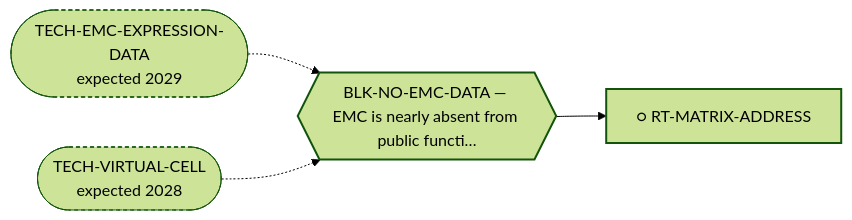
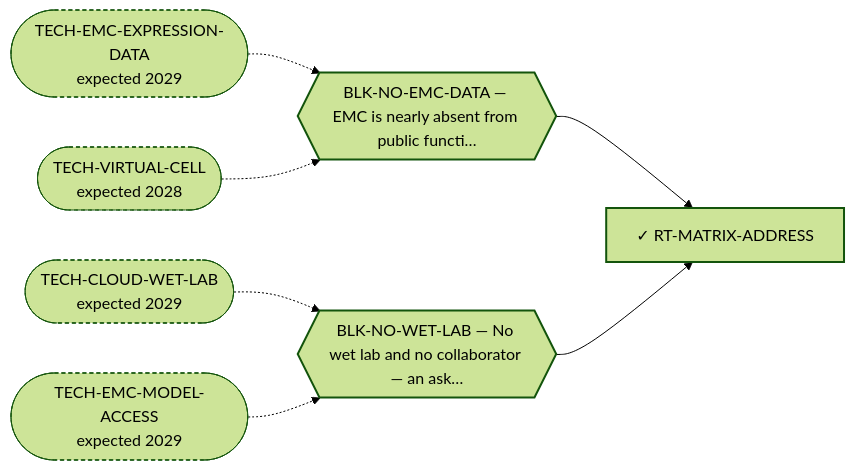
The diagram in systems/views/L2-rt-matrix-address.md (trimcrae/Rare-cancers), drawn with Mermaid (forest theme) before and after one commit. The commit also changed other lines of this file and 28 other files, not shown here.

````diff
--- a/systems/views/L2-rt-matrix-address.md
+++ b/systems/views/L2-rt-matrix-address.md
@@ -27,14 +27,20 @@
 ```mermaid
 flowchart LR
-  RT_MATRIX_ADDRESS["○ RT-MATRIX-ADDRESS"]:::fam
+  RT_MATRIX_ADDRESS["✓ RT-MATRIX-ADDRESS"]:::fam
   BLK_NO_EMC_DATA{{"BLK-NO-EMC-DATA — EMC is nearly absent from public functi…"}}:::blk
   BLK_NO_EMC_DATA --> RT_MATRIX_ADDRESS
   TECH_EMC_EXPRESSION_DATA(["TECH-EMC-EXPRESSION-DATA<br/>expected 2029"]):::tech
   TECH_EMC_EXPRESSION_DATA -.-> BLK_NO_EMC_DATA
   TECH_VIRTUAL_CELL(["TECH-VIRTUAL-CELL<br/>expected 2028"]):::tech
   TECH_VIRTUAL_CELL -.-> BLK_NO_EMC_DATA
+  BLK_NO_WET_LAB{{"BLK-NO-WET-LAB — No wet lab and no collaborator — an ask…"}}:::blk
+  BLK_NO_WET_LAB --> RT_MATRIX_ADDRESS
+  TECH_CLOUD_WET_LAB(["TECH-CLOUD-WET-LAB<br/>expected 2029"]):::tech
+  TECH_CLOUD_WET_LAB -.-> BLK_NO_WET_LAB
+  TECH_EMC_MODEL_ACCESS(["TECH-EMC-MODEL-ACCESS<br/>expected 2029"]):::tech
+  TECH_EMC_MODEL_ACCESS -.-> BLK_NO_WET_LAB
   classDef fam stroke-width:2px;
   classDef blk stroke-width:2px;
   classDef perm stroke-width:4px;
   classDef tech stroke-width:1px,stroke-dasharray:4 3;
 ```
````
